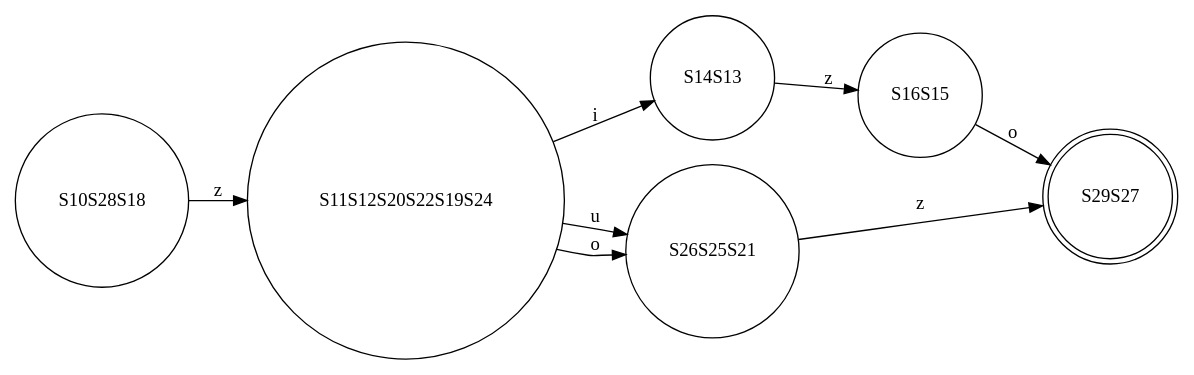
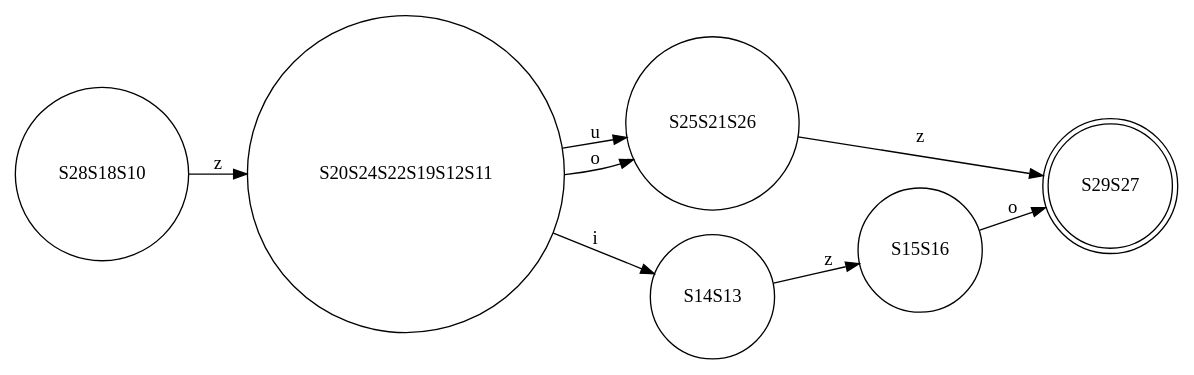
The diagram in finalCode/test-output/minimizedDFA.gv (abdelazizSalah/RegExp_NFA_DFA_DFAMinimization), drawn with Graphviz before and after one commit. The commit also changed 6 other files, not shown here.

```diff
--- a/finalCode/test-output/minimizedDFA.gv
+++ b/finalCode/test-output/minimizedDFA.gv
@@ -1,17 +1,17 @@
 // Minimized DFA graph
 digraph {
 	graph [rankdir=LR]
-	S10S28S18 [label=S10S28S18 shape=circle]
-	S10S28S18 -> S11S12S20S22S19S24 [label=z]
+	S28S18S10 [label=S28S18S10 shape=circle]
+	S28S18S10 -> S20S24S22S19S12S11 [label=z]
+	S25S21S26 [label=S25S21S26 shape=circle]
+	S25S21S26 -> S29S27 [label=z]
 	S14S13 [label=S14S13 shape=circle]
-	S14S13 -> S16S15 [label=z]
-	S26S25S21 [label=S26S25S21 shape=circle]
-	S26S25S21 -> S29S27 [label=z]
-	S16S15 [label=S16S15 shape=circle]
-	S16S15 -> S29S27 [label=o]
+	S14S13 -> S15S16 [label=z]
 	S29S27 [label=S29S27 shape=doublecircle]
-	S11S12S20S22S19S24 [label=S11S12S20S22S19S24 shape=circle]
-	S11S12S20S22S19S24 -> S14S13 [label=i]
-	S11S12S20S22S19S24 -> S26S25S21 [label=u]
-	S11S12S20S22S19S24 -> S26S25S21 [label=o]
+	S15S16 [label=S15S16 shape=circle]
+	S15S16 -> S29S27 [label=o]
+	S20S24S22S19S12S11 [label=S20S24S22S19S12S11 shape=circle]
+	S20S24S22S19S12S11 -> S25S21S26 [label=u]
+	S20S24S22S19S12S11 -> S25S21S26 [label=o]
+	S20S24S22S19S12S11 -> S14S13 [label=i]
 }
```
